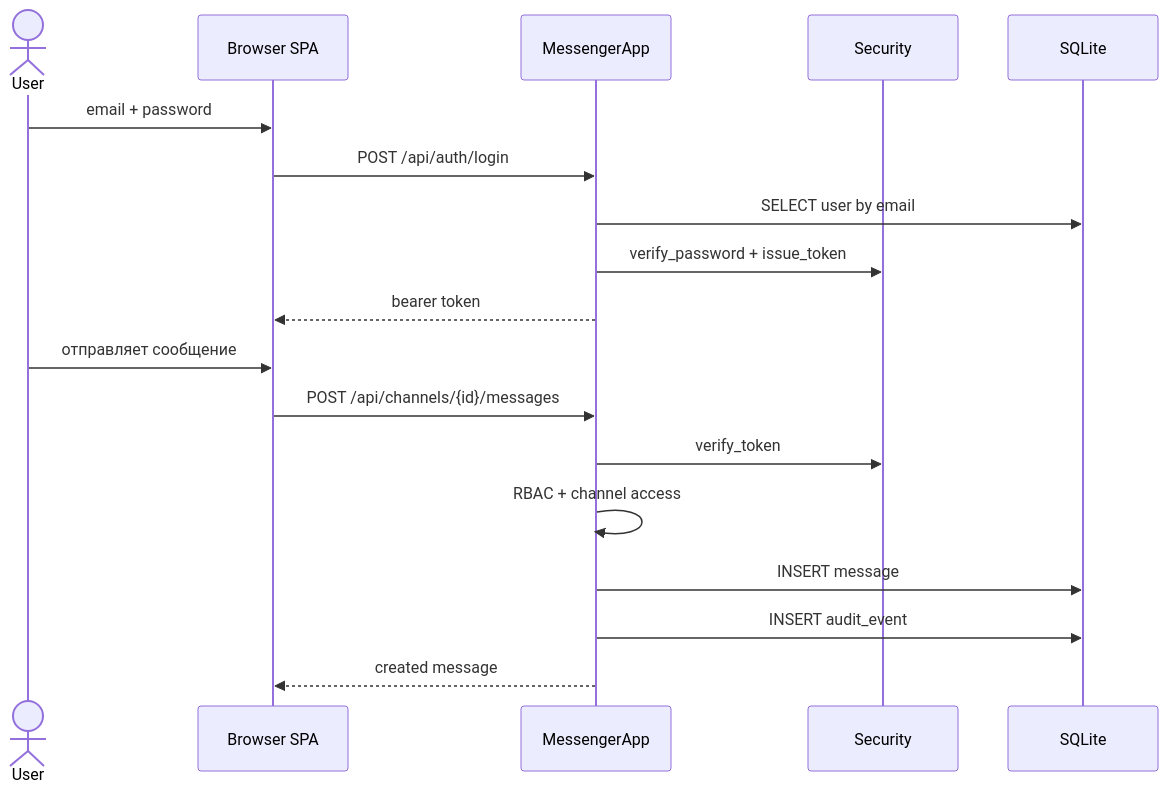
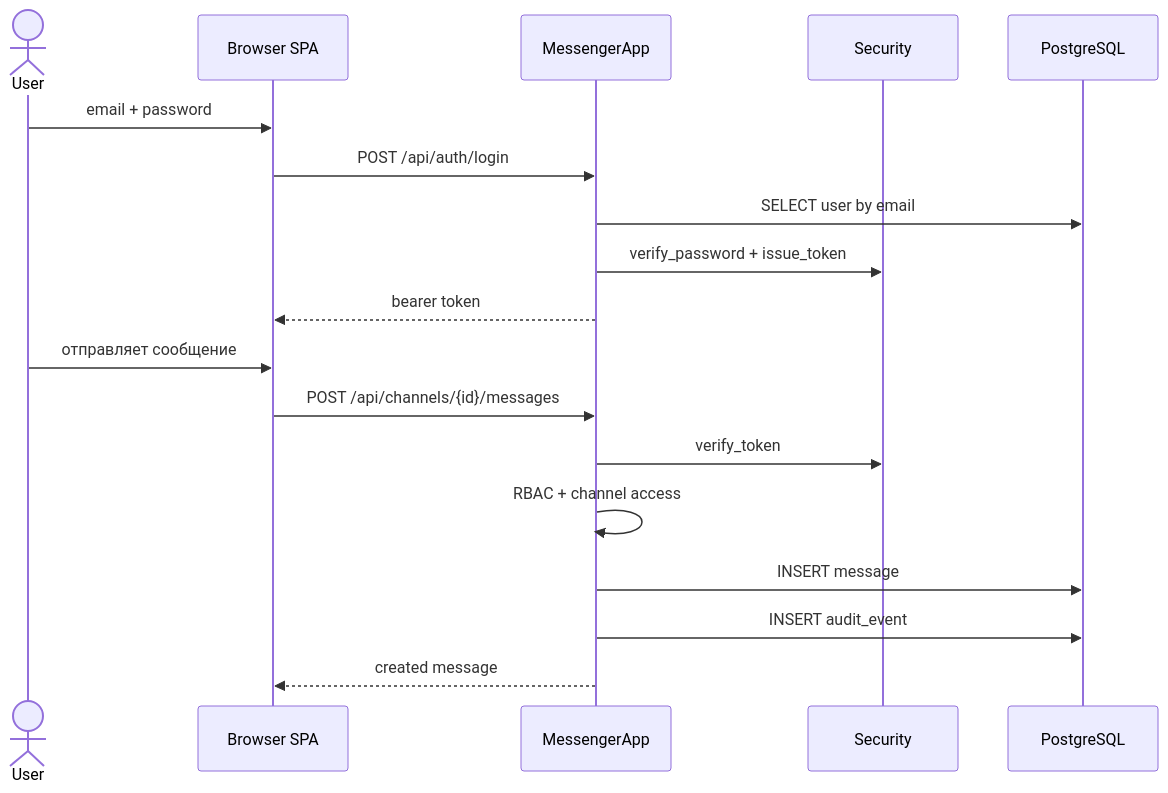
One commit to ase1lo/kursrksp changed the fourth of 5 diagrams in docs/uml.md. Above: the diagram before and after it, drawn with Mermaid. The commit also changed other lines of this file and 14 other files, not shown here.

Commit message:
feat: switch database to PostgreSQL

````diff
--- a/docs/uml.md
+++ b/docs/uml.md
@@ -163,21 +163,21 @@
 ```mermaid
 sequenceDiagram
     actor User
     participant SPA as Browser SPA
     participant API as MessengerApp
     participant Auth as Security
-    participant DB as SQLite
+    participant DB as PostgreSQL
 
     User->>SPA: email + password
     SPA->>API: POST /api/auth/login
     API->>DB: SELECT user by email
     API->>Auth: verify_password + issue_token
     API-->>SPA: bearer token
     User->>SPA: отправляет сообщение
     SPA->>API: POST /api/channels/{id}/messages
     API->>Auth: verify_token
     API->>API: RBAC + channel access
     API->>DB: INSERT message
     API->>DB: INSERT audit_event
     API-->>SPA: created message
 ```
````
